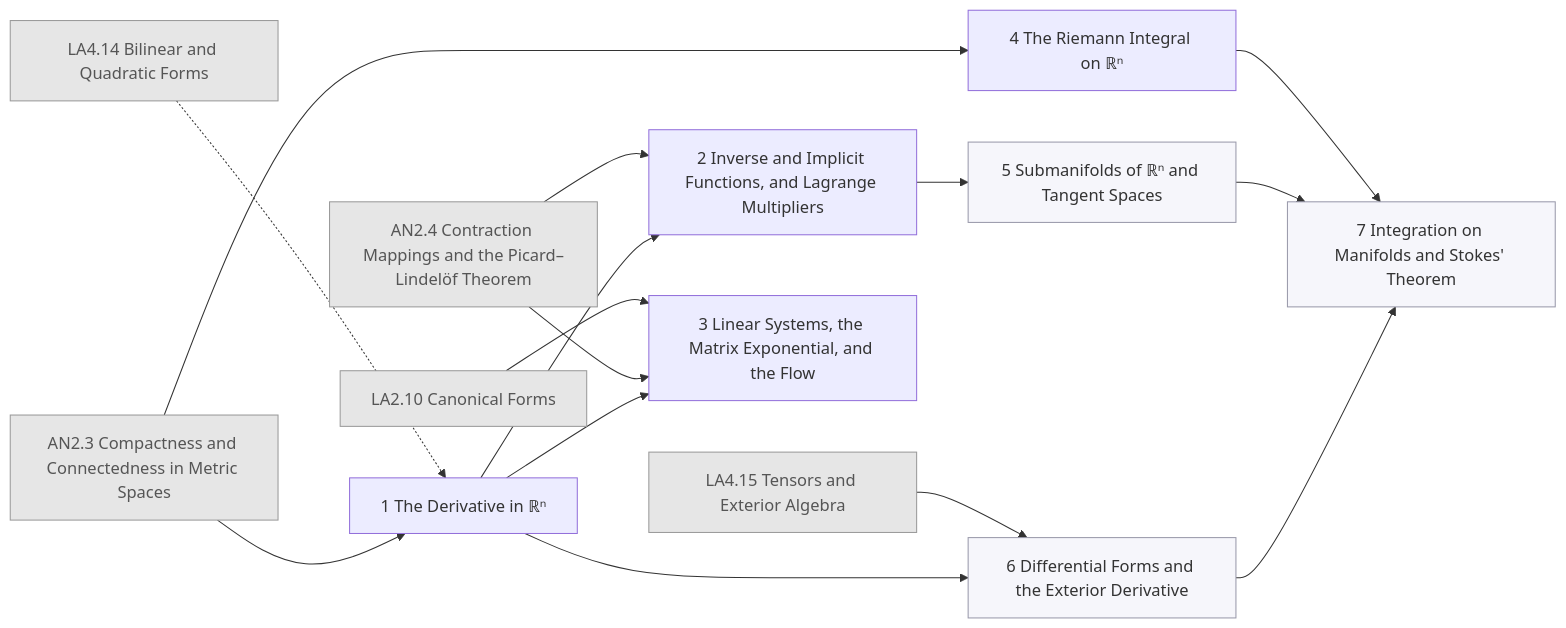
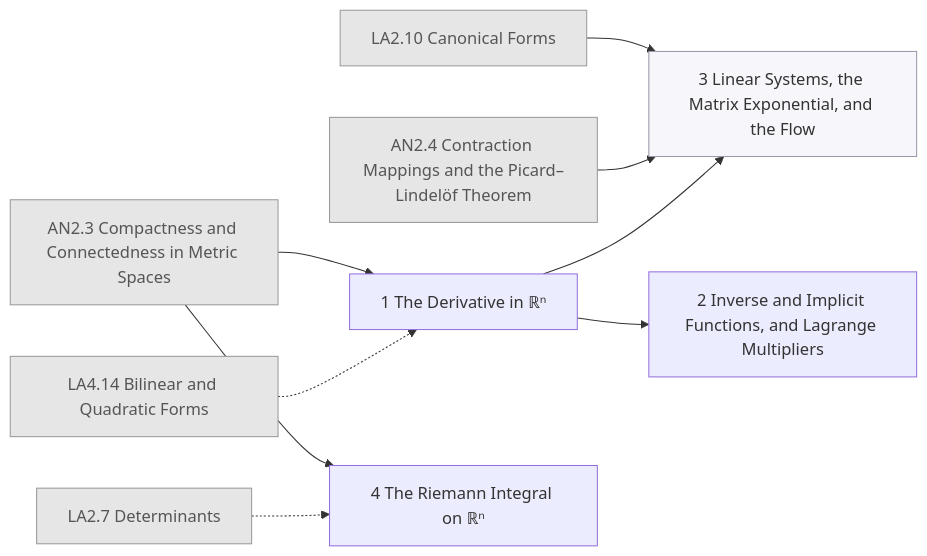
Diagram 15 of 30 in generated/README.md (AkizumiFox/math-atlas), drawn with Mermaid before and after one commit. The commit also changed other lines of this file and 41 other files, not shown here.

````diff
--- a/generated/README.md
+++ b/generated/README.md
@@ -345,32 +439,23 @@
 ```mermaid
 flowchart LR
+  AN2_3["AN2.3 Compactness and Connectedness in Metric Spaces"]:::ext
+  LA2_7["LA2.7 Determinants"]:::ext
   LA2_10["LA2.10 Canonical Forms"]:::ext
   LA4_14["LA4.14 Bilinear and Quadratic Forms"]:::ext
-  LA4_15["LA4.15 Tensors and Exterior Algebra"]:::ext
-  AN2_3["AN2.3 Compactness and Connectedness in Metric Spaces"]:::ext
   AN2_4["AN2.4 Contraction Mappings and the Picard–Lindelöf Theorem"]:::ext
   AN3_1["1 The Derivative in ℝⁿ"]
   AN3_2["2 Inverse and Implicit Functions, and Lagrange Multipliers"]
-  AN3_3["3 Linear Systems, the Matrix Exponential, and the Flow"]
   AN3_4["4 The Riemann Integral on ℝⁿ"]
-  AN3_5["5 Submanifolds of ℝⁿ and Tangent Spaces"]:::segb
-  AN3_6["6 Differential Forms and the Exterior Derivative"]:::segb
-  AN3_7["7 Integration on Manifolds and Stokes' Theorem"]:::segb
+  AN3_3["3 Linear Systems, the Matrix Exponential, and the Flow"]:::segb
+  AN2_3 --> AN3_1
   LA4_14 -.-> AN3_1
-  AN2_3 --> AN3_1
-  AN2_4 --> AN3_2
   AN3_1 --> AN3_2
+  AN2_3 --> AN3_4
+  LA2_7 -.-> AN3_4
   LA2_10 --> AN3_3
   AN2_4 --> AN3_3
   AN3_1 --> AN3_3
-  AN2_3 --> AN3_4
-  AN3_2 --> AN3_5
-  LA4_15 --> AN3_6
-  AN3_1 --> AN3_6
-  AN3_4 --> AN3_7
-  AN3_5 --> AN3_7
-  AN3_6 --> AN3_7
   classDef ext fill:#e6e6e6,stroke:#999,color:#555
   classDef opt fill:#fff,stroke:#999,stroke-dasharray:4 3,color:#555
   classDef segb fill:#f6f6fb,stroke:#99a,color:#333
 ```
````
